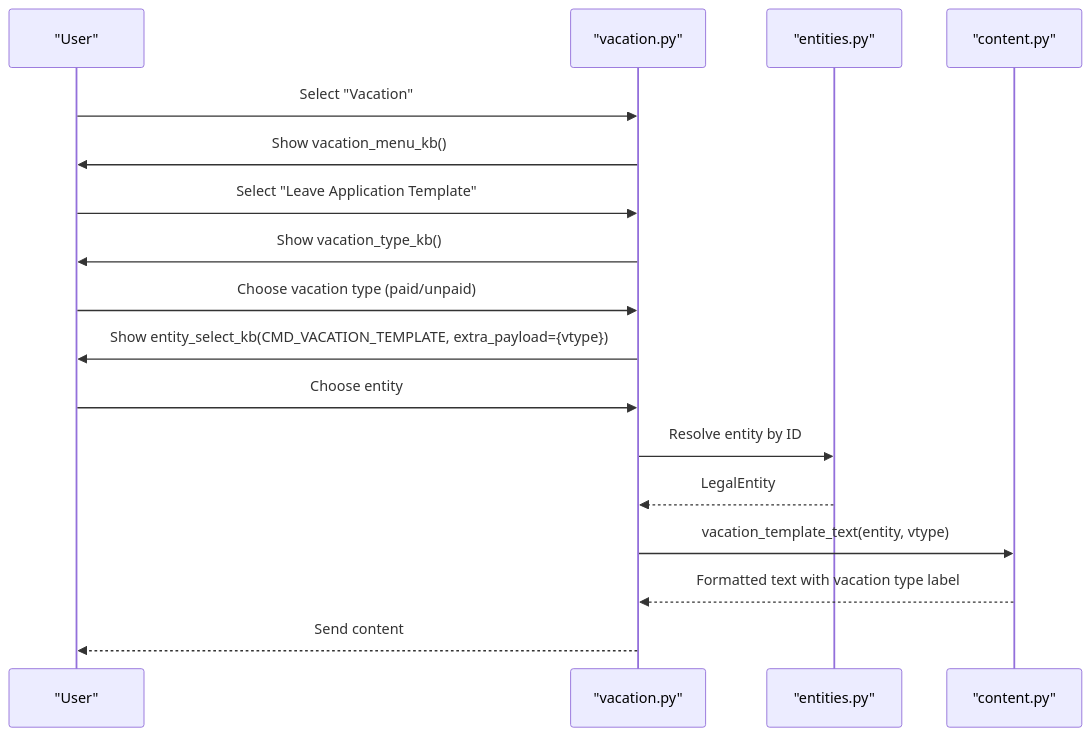
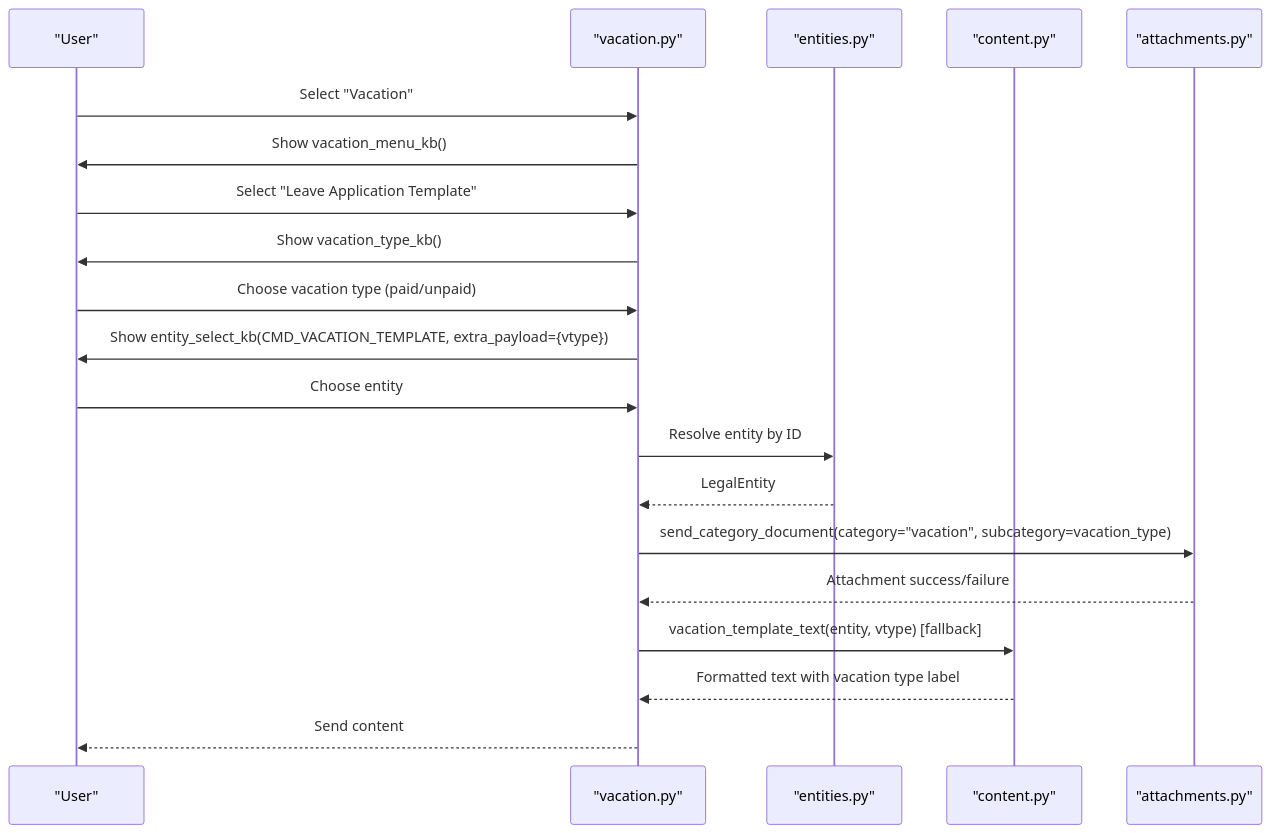
Before and after one commit to ognelis/cafetera_hr_bot: diagram 11 of 12 in .qoder/repowiki/en/content/VK Integration/Domain Content Management.md, drawn with Mermaid. The commit also changed other lines of this file and 27 other files, not shown here.

````diff
--- a/.qoder/repowiki/en/content/VK Integration/Domain Content Management.md
+++ b/.qoder/repowiki/en/content/VK Integration/Domain Content Management.md
@@ -451,19 +481,22 @@
 ```mermaid
 sequenceDiagram
 participant User as "User"
 participant Vac as "vacation.py"
 participant Entities as "entities.py"
 participant Content as "content.py"
+participant Attach as "attachments.py"
 User->>Vac : Select "Vacation"
 Vac->>User : Show vacation_menu_kb()
 User->>Vac : Select "Leave Application Template"
 Vac->>User : Show vacation_type_kb()
 User->>Vac : Choose vacation type (paid/unpaid)
 Vac->>User : Show entity_select_kb(CMD_VACATION_TEMPLATE, extra_payload={vtype})
 User->>Vac : Choose entity
 Vac->>Entities : Resolve entity by ID
 Entities-->>Vac : LegalEntity
-Vac->>Content : vacation_template_text(entity, vtype)
+Vac->>Attach : send_category_document(category="vacation", subcategory=vacation_type)
+Attach-->>Vac : Attachment success/failure
+Vac->>Content : vacation_template_text(entity, vtype) [fallback]
 Content-->>Vac : Formatted text with vacation type label
 Vac-->>User : Send content
 ```
````
